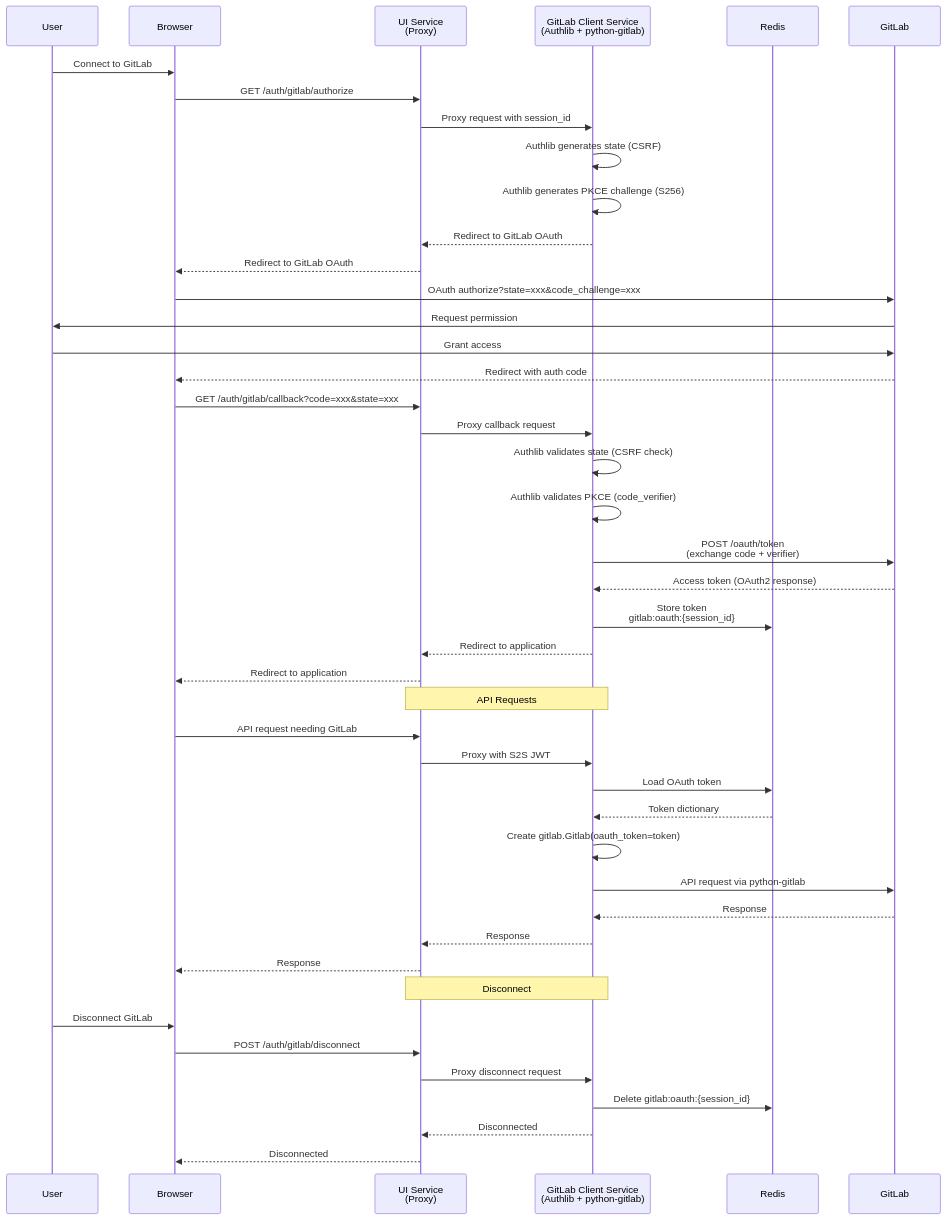
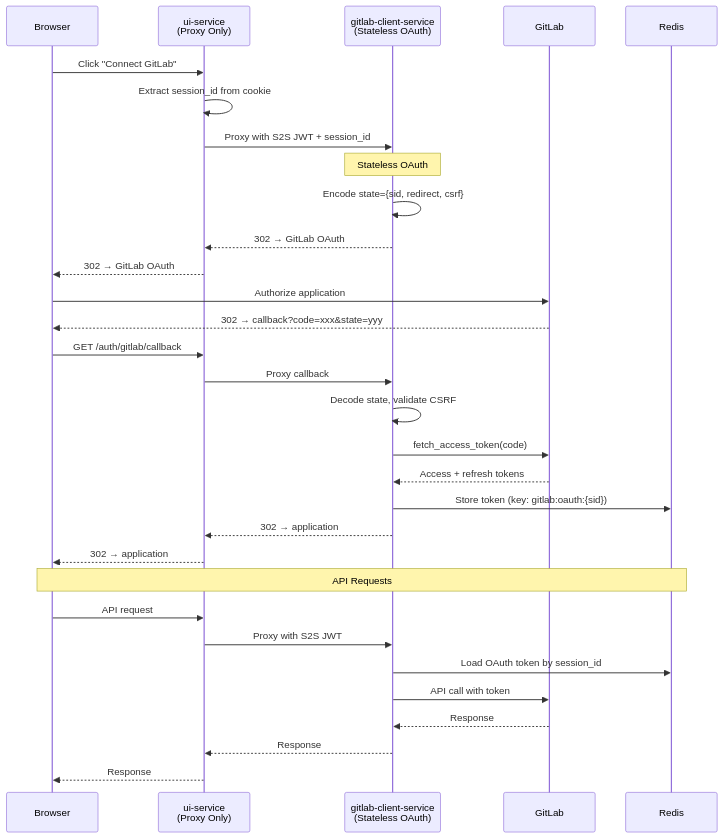
The fourth of 12 diagrams in git-epic-creator/services/ui_service/README.md (vladavilov/playground), drawn with Mermaid before and after one commit. The commit also changed other lines of this file and 4 other files, not shown here.

Commit message:
fixed state issues in gitlab client

````diff
--- a/git-epic-creator/services/ui_service/README.md
+++ b/git-epic-creator/services/ui_service/README.md
@@ -284,50 +241,38 @@
 ```mermaid
 sequenceDiagram
-    participant User
     participant Browser
-    participant UI as UI Service<br/>(Proxy)
-    participant GCS as GitLab Client Service<br/>(Authlib + python-gitlab)
+    participant UI as ui-service<br/>(Proxy Only)
+    participant GCS as gitlab-client-service<br/>(Stateless OAuth)
+    participant GitLab
     participant Redis
-    participant GitLab
 
-    User->>Browser: Connect to GitLab
-    Browser->>UI: GET /auth/gitlab/authorize
-    UI->>GCS: Proxy request with session_id
-    GCS->>GCS: Authlib generates state (CSRF)
-    GCS->>GCS: Authlib generates PKCE challenge (S256)
-    GCS-->>UI: Redirect to GitLab OAuth
-    UI-->>Browser: Redirect to GitLab OAuth
-    Browser->>GitLab: OAuth authorize?state=xxx&code_challenge=xxx
-    GitLab->>User: Request permission
-    User->>GitLab: Grant access
-    GitLab-->>Browser: Redirect with auth code
+    Browser->>UI: Click "Connect GitLab"
+    UI->>UI: Extract session_id from cookie
+    UI->>GCS: Proxy with S2S JWT + session_id
     
-    Browser->>UI: GET /auth/gitlab/callback?code=xxx&state=xxx
-    UI->>GCS: Proxy callback request
-    GCS->>GCS: Authlib validates state (CSRF check)
-    GCS->>GCS: Authlib validates PKCE (code_verifier)
-    GCS->>GitLab: POST /oauth/token<br/>(exchange code + verifier)
-    GitLab-->>GCS: Access token (OAuth2 response)
-    GCS->>Redis: Store token<br/>gitlab:oauth:{session_id}
-    GCS-->>UI: Redirect to application
-    UI-->>Browser: Redirect to application
+    Note over GCS: Stateless OAuth
+    GCS->>GCS: Encode state={sid, redirect, csrf}
+    GCS-->>UI: 302 → GitLab OAuth
+    UI-->>Browser: 302 → GitLab OAuth
     
-    Note over UI,GCS: API Requests
-    Browser->>UI: API request needing GitLab
+    Browser->>GitLab: Authorize application
+    GitLab-->>Browser: 302 → callback?code=xxx&state=yyy
+    
+    Browser->>UI: GET /auth/gitlab/callback
+    UI->>GCS: Proxy callback
+    GCS->>GCS: Decode state, validate CSRF
+    GCS->>GitLab: fetch_access_token(code)
+    GitLab-->>GCS: Access + refresh tokens
+    GCS->>Redis: Store token (key: gitlab:oauth:{sid})
+    GCS-->>UI: 302 → application
+    UI-->>Browser: 302 → application
+    
+    Note over Browser,Redis: API Requests
+    Browser->>UI: API request
     UI->>GCS: Proxy with S2S JWT
-    GCS->>Redis: Load OAuth token
-    Redis-->>GCS: Token dictionary
-    GCS->>GCS: Create gitlab.Gitlab(oauth_token=token)
-    GCS->>GitLab: API request via python-gitlab
+    GCS->>Redis: Load OAuth token by session_id
+    GCS->>GitLab: API call with token
     GitLab-->>GCS: Response
     GCS-->>UI: Response
     UI-->>Browser: Response
-    
-    Note over UI,GCS: Disconnect
-    User->>Browser: Disconnect GitLab
-    Browser->>UI: POST /auth/gitlab/disconnect
-    UI->>GCS: Proxy disconnect request
-    GCS->>Redis: Delete gitlab:oauth:{session_id}
-    GCS-->>UI: Disconnected
-    UI-->>Browser: Disconnected
 ```
````
